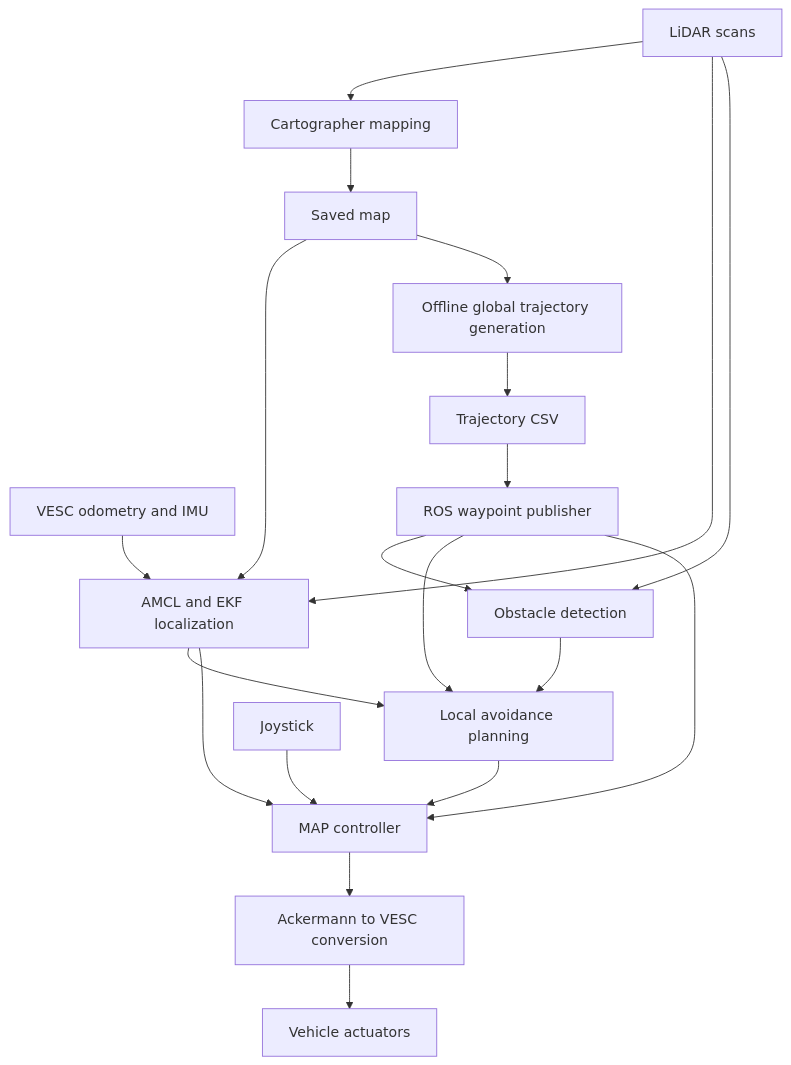
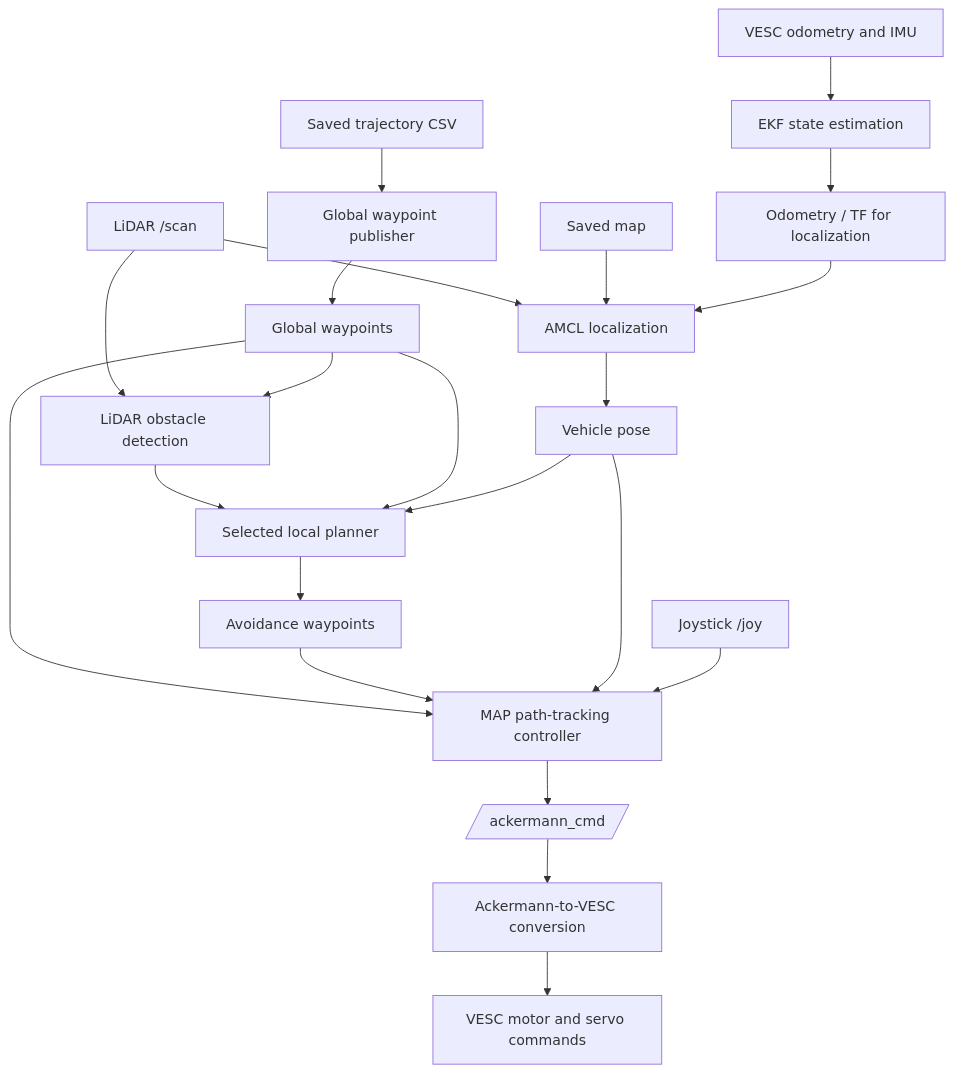
One commit to jiwxxonkk/f1tenth-autonomous-driving changed the second of 2 diagrams in README.md. Above: the diagram before and after it, drawn with Mermaid. The commit also changed other lines of this file, not shown here.

````diff
--- a/README.md
+++ b/README.md
@@ -10,22 +43,26 @@
 ```mermaid
 flowchart TD
-    L[LiDAR scans] --> M[Cartographer mapping]
-    M --> MAP[Saved map]
-    MAP --> LOC[AMCL and EKF localization]
-    L --> LOC
-    V[VESC odometry and IMU] --> LOC
-    MAP --> G[Offline global trajectory generation]
-    G --> CSV[Trajectory CSV]
-    CSV --> P[ROS waypoint publisher]
-    P --> D[Obstacle detection]
-    L --> D
-    D --> LP[Local avoidance planning]
-    P --> LP
-    LOC --> LP
-    LOC --> C[MAP controller]
-    P --> C
-    LP --> C
-    C --> A[Ackermann to VESC conversion]
-    A --> HW[Vehicle actuators]
-    J[Joystick] --> C
+    SCAN[LiDAR /scan] --> AMCL[AMCL localization]
+    MAP[Saved map] --> AMCL
+    ODOM[VESC odometry and IMU] --> EKF[EKF state estimation]
+    EKF --> TF[Odometry / TF for localization]
+    TF --> AMCL
+    AMCL --> POSE[Vehicle pose]
+
+    CSV[Saved trajectory CSV] --> PUB[Global waypoint publisher]
+    PUB --> GLOBAL[Global waypoints]
+    SCAN --> DET[LiDAR obstacle detection]
+    GLOBAL --> DET
+    DET --> LOCAL[Selected local planner]
+    GLOBAL --> LOCAL
+    POSE --> LOCAL
+    LOCAL --> AVOID[Avoidance waypoints]
+
+    GLOBAL --> CTRL[MAP path-tracking controller]
+    AVOID --> CTRL
+    POSE --> CTRL
+    JOY[Joystick /joy] --> CTRL
+    CTRL --> ACK[/ackermann_cmd/]
+    ACK --> CONV[Ackermann-to-VESC conversion]
+    CONV --> VESC[VESC motor and servo commands]
 ```
````
